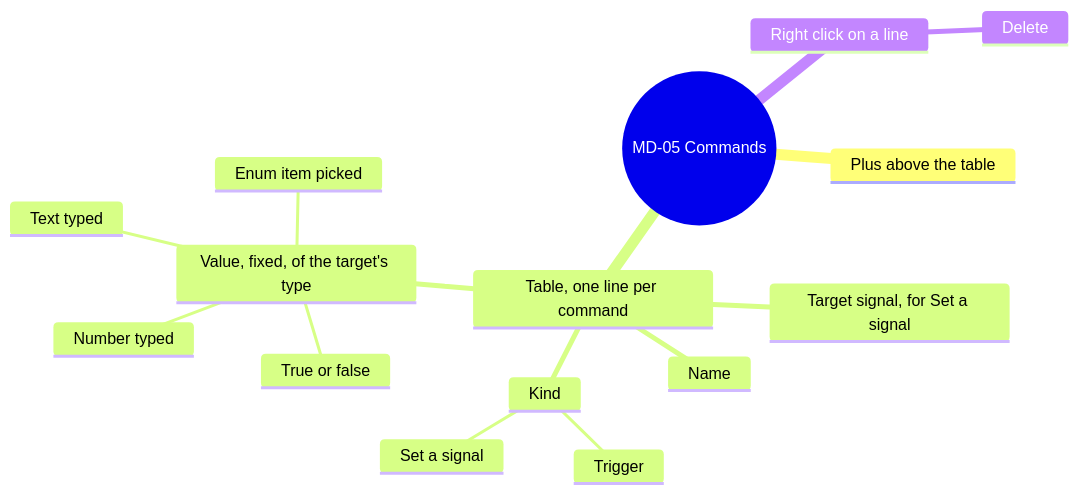
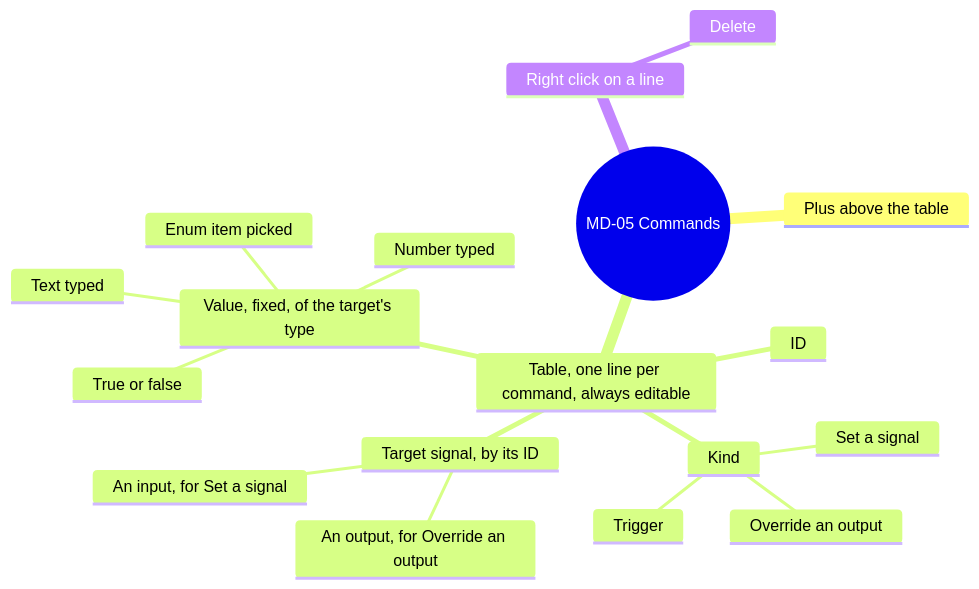
The eighth of 14 diagrams in screens/metadata.md (AlexandreGallais/synoptic-studio-spec), drawn with Mermaid before and after one commit. The commit also changed other lines of this file and 11 other files, not shown here.

````diff
--- a/screens/metadata.md
+++ b/screens/metadata.md
@@ -222,18 +222,21 @@
 ```mermaid
 mindmap
   root((MD-05 Commands))
     Plus above the table
-    Table, one line per command
+    Table, one line per command, always editable
       Kind
         Set a signal
         Trigger
-      Name
-      Target signal, for Set a signal
+        Override an output
+      ID
+      Target signal, by its ID
+        An input, for Set a signal
+        An output, for Override an output
       Value, fixed, of the target's type
         Number typed
         True or false
         Text typed
         Enum item picked
     Right click on a line
       Delete
 ```
````
